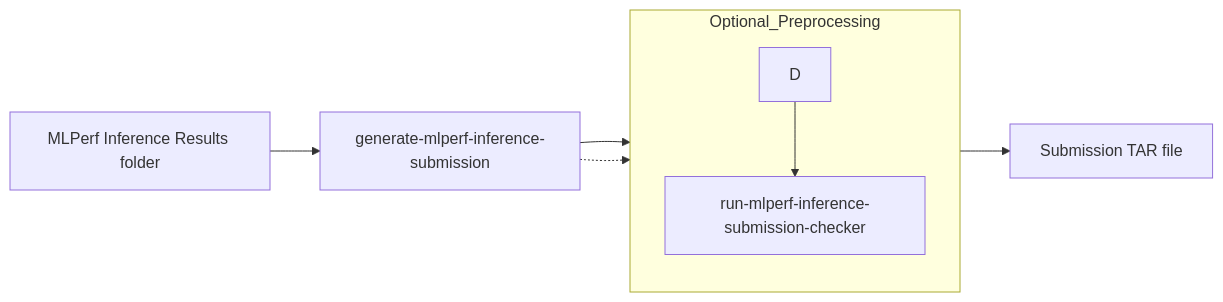
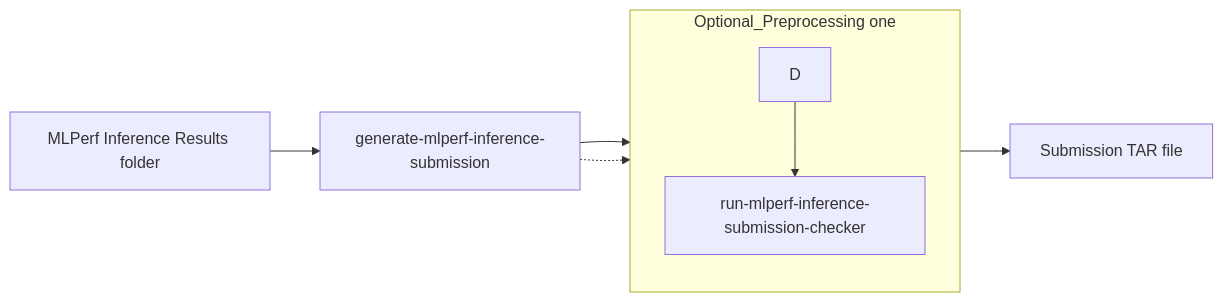
One commit to GATEOverflow/inference changed the second of 2 diagrams in docs/submission/index.md. Above: the diagram before and after it, drawn with Mermaid.

````diff
--- a/docs/submission/index.md
+++ b/docs/submission/index.md
@@ -24,16 +24,16 @@
 ```mermaid
 flowchart LR
     %% Main flow (Left to Right)
     A[MLPerf Inference Results folder] --> B[generate-mlperf-inference-submission]
     B --> C[run-mlperf-inference-submission-checker]
     C --> E[Submission TAR file]
 
     %% Subgraph for preprocess (Top to Down)
-    subgraph Optional_Preprocessing
+    subgraph Optional_Preprocessing one
         direction TD
         D --> C
     end
 
     %% Dashed line to connect preprocess node
     B -.-> D
 ```
````
